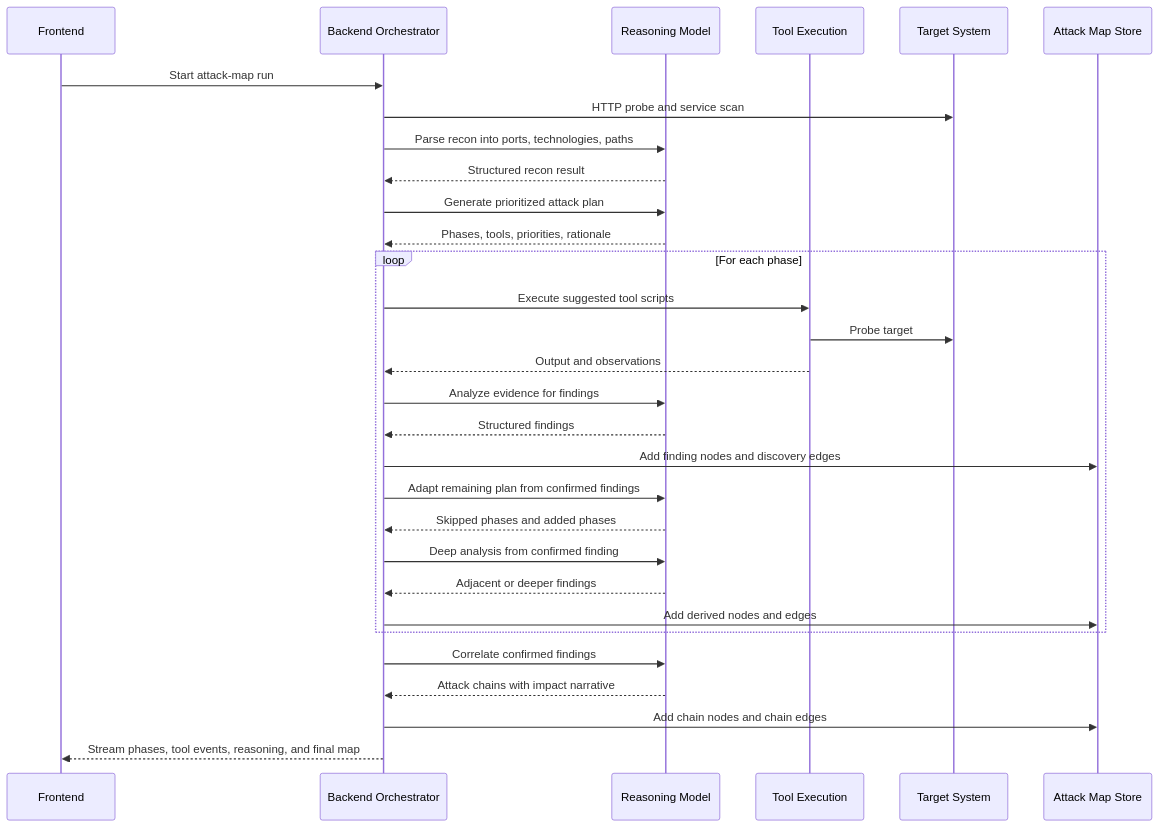
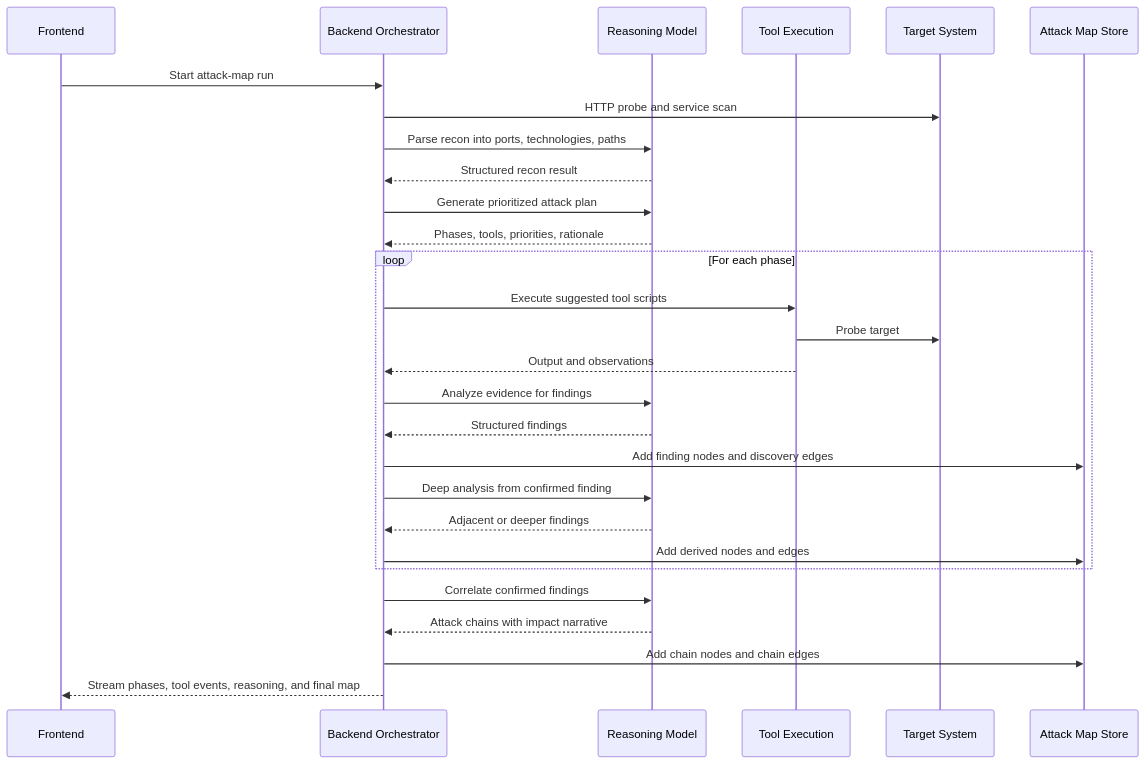
Before and after one commit to alsaifybashar/SynoSec-buildathon: the third of 6 diagrams in README.md, drawn with Mermaid. The commit also changed other lines of this file and 8 other files, not shown here.

````diff
--- a/README.md
+++ b/README.md
@@ -119,33 +86,31 @@
 ```mermaid
 sequenceDiagram
     participant UI as Frontend
     participant API as Backend Orchestrator
     participant LLM as Reasoning Model
     participant Broker as Tool Execution
     participant Target as Target System
     participant Graph as Attack Map Store
 
     UI->>API: Start attack-map run
     API->>Target: HTTP probe and service scan
     API->>LLM: Parse recon into ports, technologies, paths
     LLM-->>API: Structured recon result
     API->>LLM: Generate prioritized attack plan
     LLM-->>API: Phases, tools, priorities, rationale
     loop For each phase
         API->>Broker: Execute suggested tool scripts
         Broker->>Target: Probe target
         Broker-->>API: Output and observations
         API->>LLM: Analyze evidence for findings
         LLM-->>API: Structured findings
         API->>Graph: Add finding nodes and discovery edges
-        API->>LLM: Adapt remaining plan from confirmed findings
-        LLM-->>API: Skipped phases and added phases
         API->>LLM: Deep analysis from confirmed finding
         LLM-->>API: Adjacent or deeper findings
         API->>Graph: Add derived nodes and edges
     end
     API->>LLM: Correlate confirmed findings
     LLM-->>API: Attack chains with impact narrative
     API->>Graph: Add chain nodes and chain edges
     API-->>UI: Stream phases, tool events, reasoning, and final map
 ```
````
